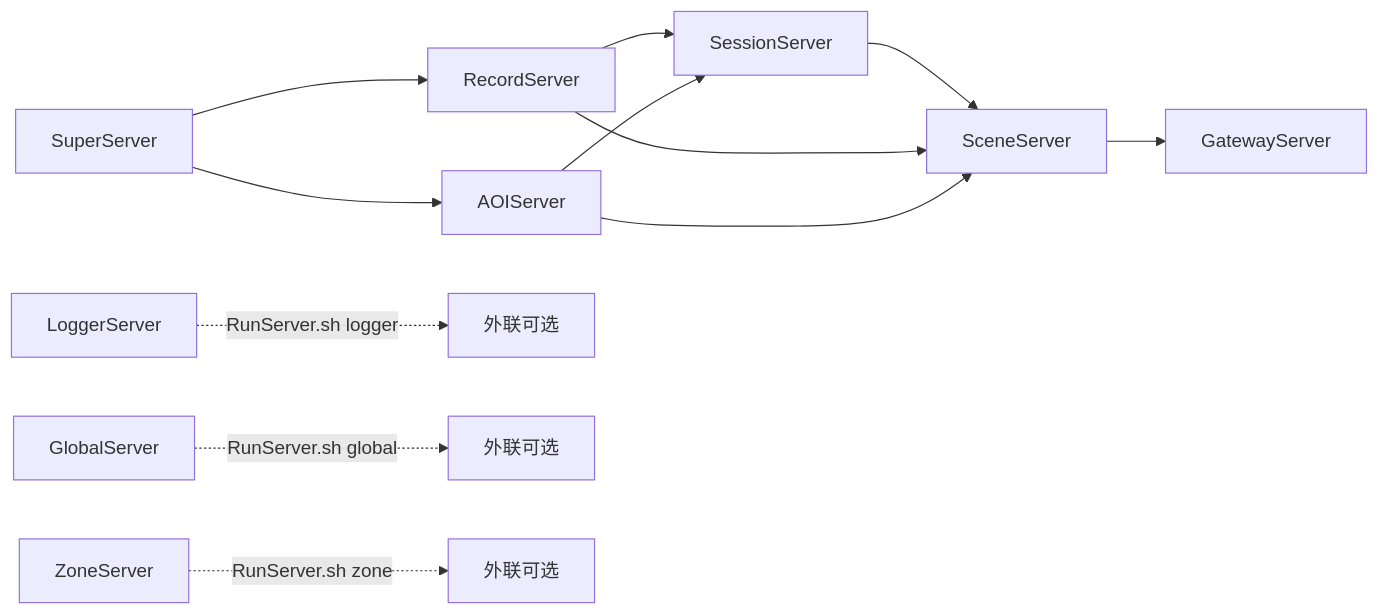
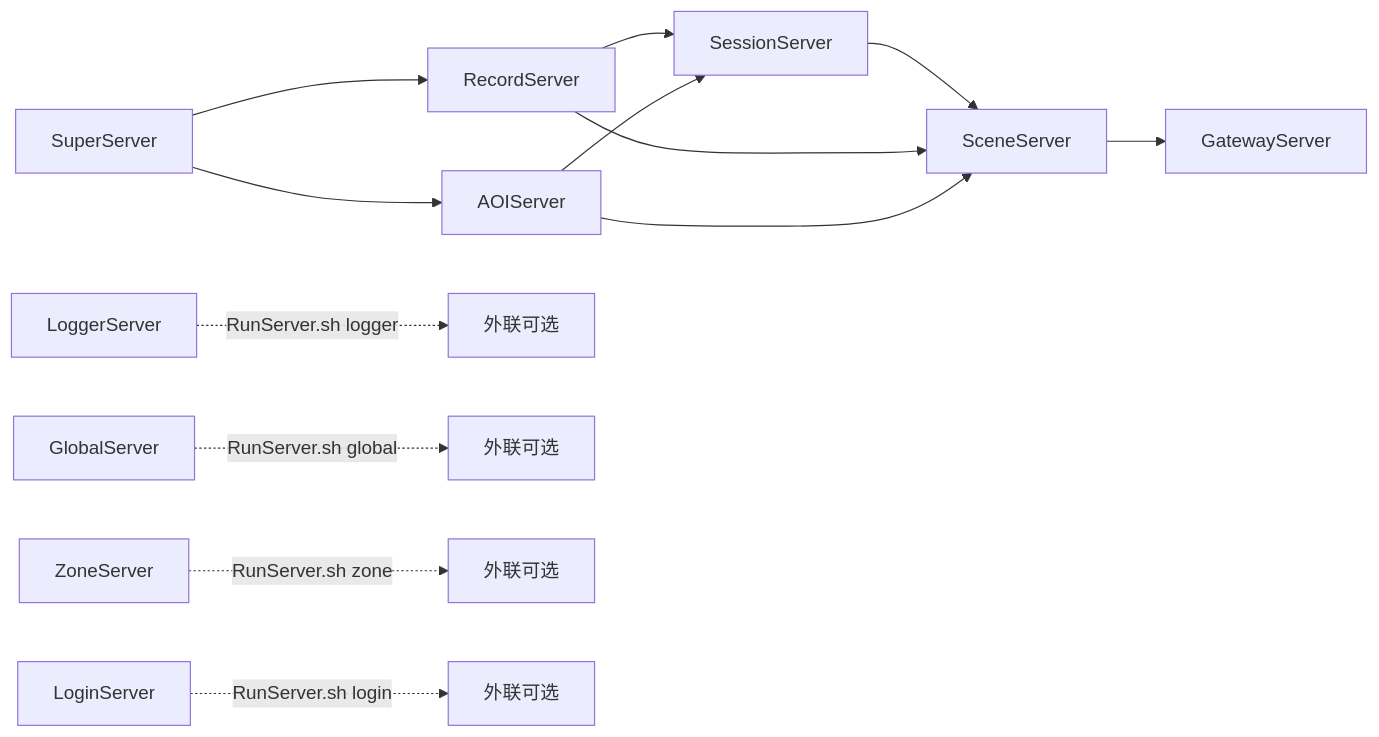
The second of 5 diagrams in docs/ARCHITECTURE.md (hechuangguo/RPG_Server), drawn with Mermaid before and after one commit. The commit also changed other lines of this file and 31 other files, not shown here.

````diff
--- a/docs/ARCHITECTURE.md
+++ b/docs/ARCHITECTURE.md
@@ -86,14 +94,15 @@
 ```mermaid
 flowchart LR
     S1[SuperServer] --> S2[RecordServer]
     S1 --> S3[AOIServer]
     S2 --> S4[SessionServer]
     S3 --> S4
     S4 --> S5[SceneServer]
     S2 --> S5
     S3 --> S5
     S5 --> S6[GatewayServer]
     S7[LoggerServer] -.->|RunServer.sh logger| opt1[外联可选]
     S8[GlobalServer] -.->|RunServer.sh global| opt2[外联可选]
     S9[ZoneServer] -.->|RunServer.sh zone| opt3[外联可选]
+    S10[LoginServer] -.->|RunServer.sh login| opt4[外联可选]
 ```
````
